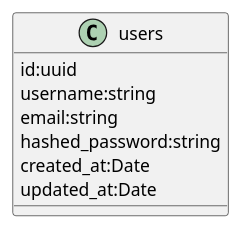
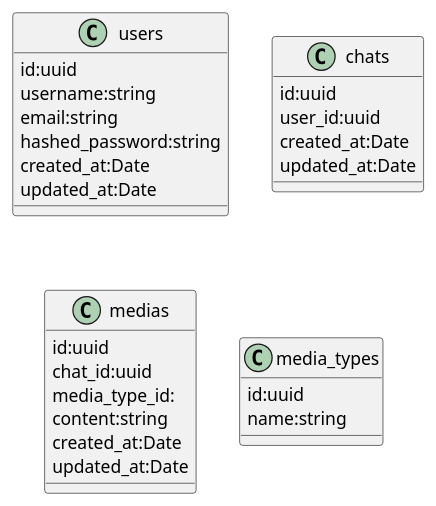
Before and after one commit to Raid-Zaki/server: the diagram in database/schema.puml, drawn with PlantUML. The commit also changed 8 other files, not shown here.

```diff
--- a/database/schema.puml
+++ b/database/schema.puml
@@ -1,17 +1,36 @@
 @startuml
 
 
 class users{
-
     id:uuid
     username:string 
     email:string 
     hashed_password:string 
     created_at:Date
     updated_at:Date
+}
+
+class chats{
+    id:uuid
+    user_id:uuid
+    created_at:Date
+    updated_at:Date
+}
+
+class medias{
+    id:uuid
+    chat_id:uuid
+    media_type_id:
+    content:string
+    created_at:Date
+    updated_at:Date
+}
+
+class media_types{
+    id:uuid
+    name:string
 
 }
 
 
-
 @enduml
```
